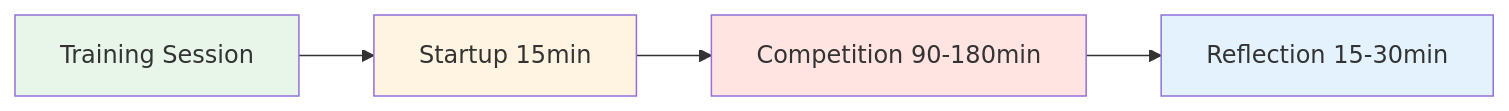
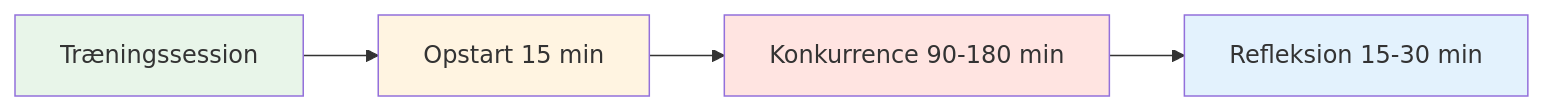
The diagram in docs/da/guides/training-session/index.md (patwii/petanque-academy), drawn with Mermaid before and after one commit. The commit also changed other lines of this file and 550 other files, not shown here.

````diff
--- a/docs/da/guides/training-session/index.md
+++ b/docs/da/guides/training-session/index.md
@@ -22,11 +22,11 @@
 ```mermaid
 graph LR
-    A[Training Session] --> B[Startup 15min]
-    B --> C[Competition 90-180min]
-    C --> D[Reflection 15-30min]
+    A[Træningssession] --> B[Opstart 15 min]
+    B --> C[Konkurrence 90-180 min]
+    C --> D[Refleksion 15-30 min]
 
     style A fill:#e8f5e9
     style B fill:#fff4e1
     style C fill:#ffe4e1
     style D fill:#e3f2fd
 ```
````
